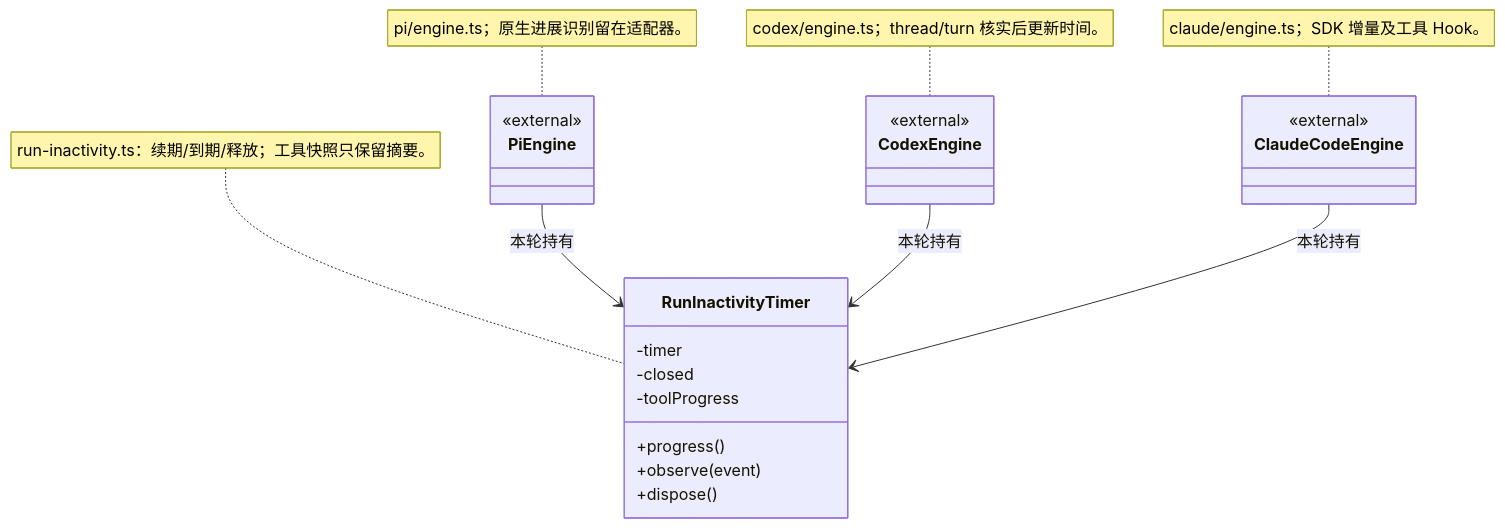
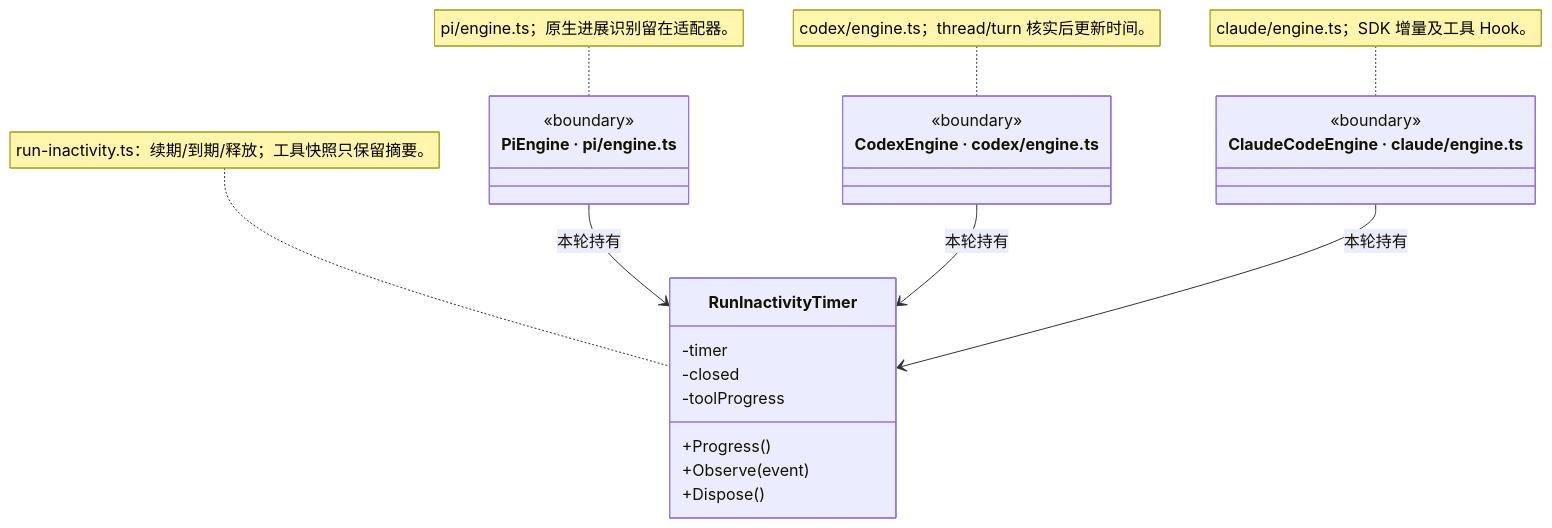
One commit to nan023062/cbim changed the first of 6 diagrams in src/logic/execution/engines/ARCHITECTURE.md. Above: the diagram before and after it, drawn with Mermaid. The commit also changed other lines of this file and 112 other files, not shown here.

Commit message:
docs: align source architecture with current declarations and contracts

````diff
--- a/src/logic/execution/engines/ARCHITECTURE.md
+++ b/src/logic/execution/engines/ARCHITECTURE.md
@@ -45,21 +45,21 @@
 ```mermaid
 classDiagram
 class RunInactivityTimer {
   -timer
   -closed
   -toolProgress
-  +progress()
-  +observe(event)
-  +dispose()
+  +Progress()
+  +Observe(event)
+  +Dispose()
 }
-class PiEngine { <<external>> }
-class CodexEngine { <<external>> }
-class ClaudeCodeEngine { <<external>> }
+class PiEngine["PiEngine · pi/engine.ts"] { <<boundary>> }
+class CodexEngine["CodexEngine · codex/engine.ts"] { <<boundary>> }
+class ClaudeCodeEngine["ClaudeCodeEngine · claude/engine.ts"] { <<boundary>> }
 PiEngine --> RunInactivityTimer : 本轮持有
 CodexEngine --> RunInactivityTimer : 本轮持有
 ClaudeCodeEngine --> RunInactivityTimer : 本轮持有
 note for RunInactivityTimer "run-inactivity.ts：续期/到期/释放；工具快照只保留摘要。"
 note for PiEngine "pi/engine.ts；原生进展识别留在适配器。"
 note for CodexEngine "codex/engine.ts；thread/turn 核实后更新时间。"
 note for ClaudeCodeEngine "claude/engine.ts；SDK 增量及工具 Hook。"
 ```
````
